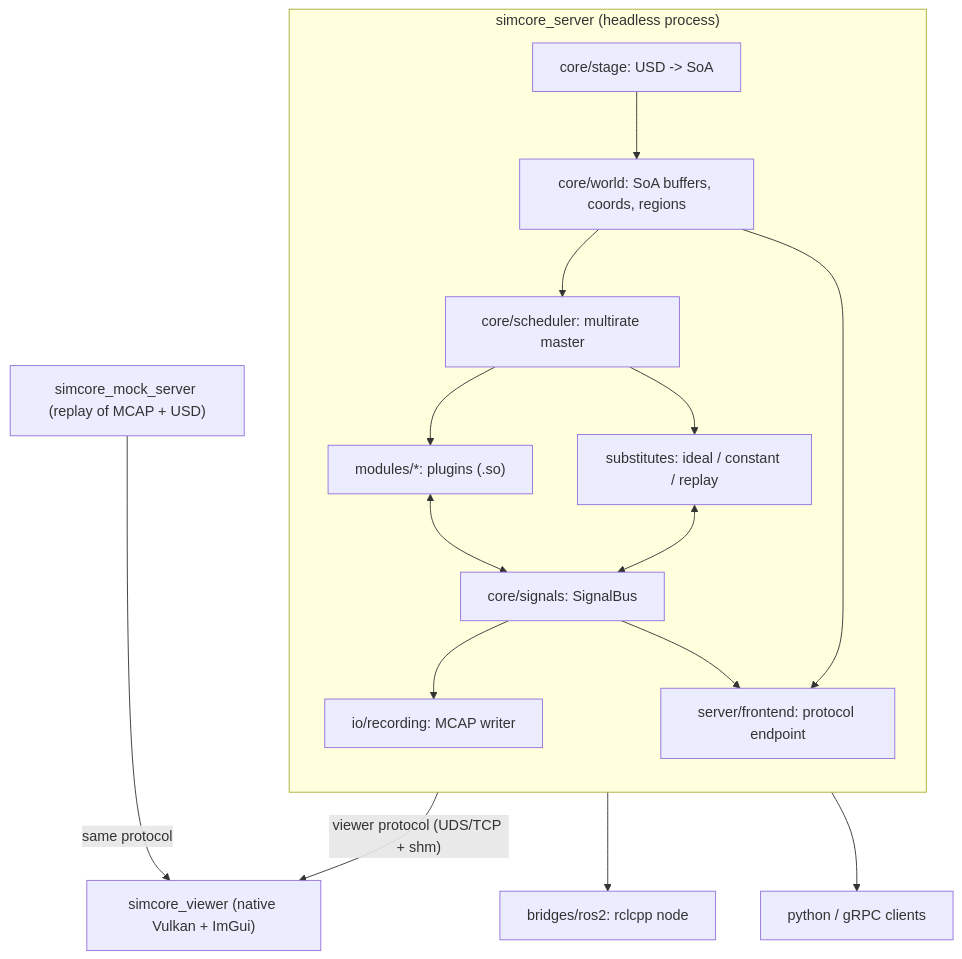
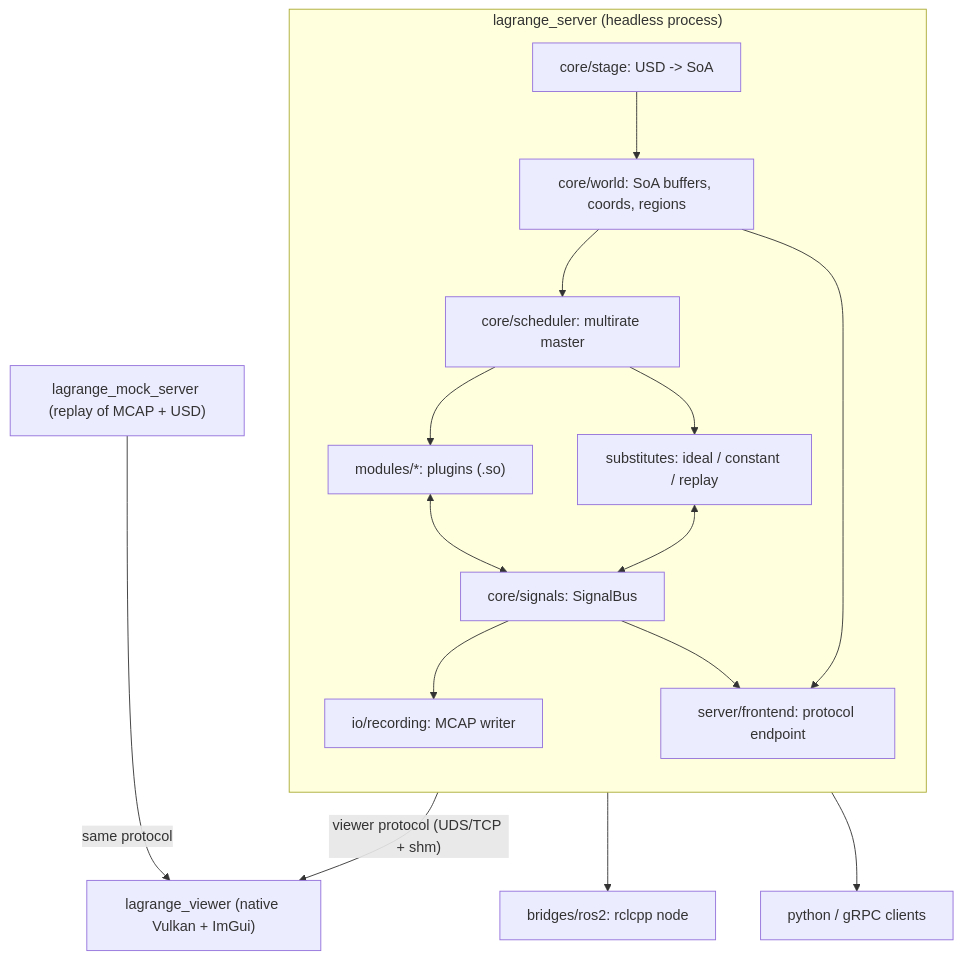
Before and after one commit to Open-Physical-Systems/Lagrange: the first of 4 diagrams in docs/design/architecture.md, drawn with Mermaid. The commit also changed other lines of this file and 19 other files, not shown here.

````diff
--- a/docs/design/architecture.md
+++ b/docs/design/architecture.md
@@ -12,31 +12,31 @@
 ```mermaid
 flowchart TB
-  subgraph server["simcore_server (headless process)"]
+  subgraph server["lagrange_server (headless process)"]
     direction TB
     stage["core/stage: USD -> SoA"]
     world["core/world: SoA buffers, coords, regions"]
     sched["core/scheduler: multirate master"]
     bus["core/signals: SignalBus"]
     mods["modules/*: plugins (.so)"]
     subs["substitutes: ideal / constant / replay"]
     rec["io/recording: MCAP writer"]
     front["server/frontend: protocol endpoint"]
     stage --> world
     world --> sched
     sched --> mods
     sched --> subs
     mods <--> bus
     subs <--> bus
     bus --> rec
     bus --> front
     world --> front
   end
-  mock["simcore_mock_server (replay of MCAP + USD)"]
-  viewer["simcore_viewer (native Vulkan + ImGui)"]
+  mock["lagrange_mock_server (replay of MCAP + USD)"]
+  viewer["lagrange_viewer (native Vulkan + ImGui)"]
   ros["bridges/ros2: rclcpp node"]
   script["python / gRPC clients"]
   front -- "viewer protocol (UDS/TCP + shm)" --> viewer
   mock -- "same protocol" --> viewer
   bus --> ros
   bus --> script
 ```
````
